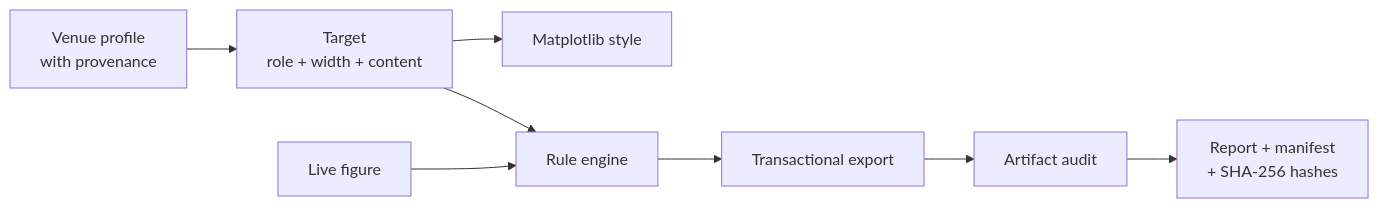
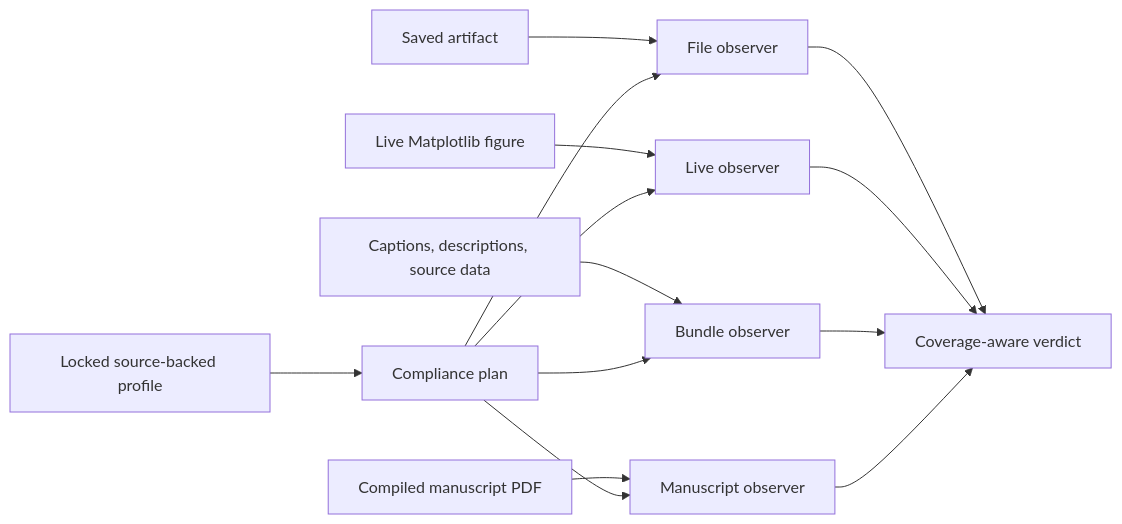
Before and after one commit to Devrajsinh-Jhala/ResearchPlot: the diagram in docs/index.md, drawn with Mermaid. The commit also changed other lines of this file and 155 other files, not shown here.

````diff
--- a/docs/index.md
+++ b/docs/index.md
@@ -20,10 +26,16 @@
 ```mermaid
 flowchart LR
-    V["Venue profile<br/>with provenance"] --> T["Target<br/>role + width + content"]
-    T --> S["Matplotlib style"]
-    T --> C["Rule engine"]
-    F["Live figure"] --> C
-    C --> E["Transactional export"]
-    E --> A["Artifact audit"]
-    A --> R["Report + manifest<br/>+ SHA-256 hashes"]
+    A["Saved artifact"] --> O["File observer"]
+    L["Live Matplotlib figure"] --> O2["Live observer"]
+    P["Captions, descriptions, source data"] --> O3["Bundle observer"]
+    M["Compiled manuscript PDF"] --> O4["Manuscript observer"]
+    V["Locked source-backed profile"] --> C["Compliance plan"]
+    C --> O
+    C --> O2
+    C --> O3
+    C --> O4
+    O --> R["Coverage-aware verdict"]
+    O2 --> R
+    O3 --> R
+    O4 --> R
 ```
````
